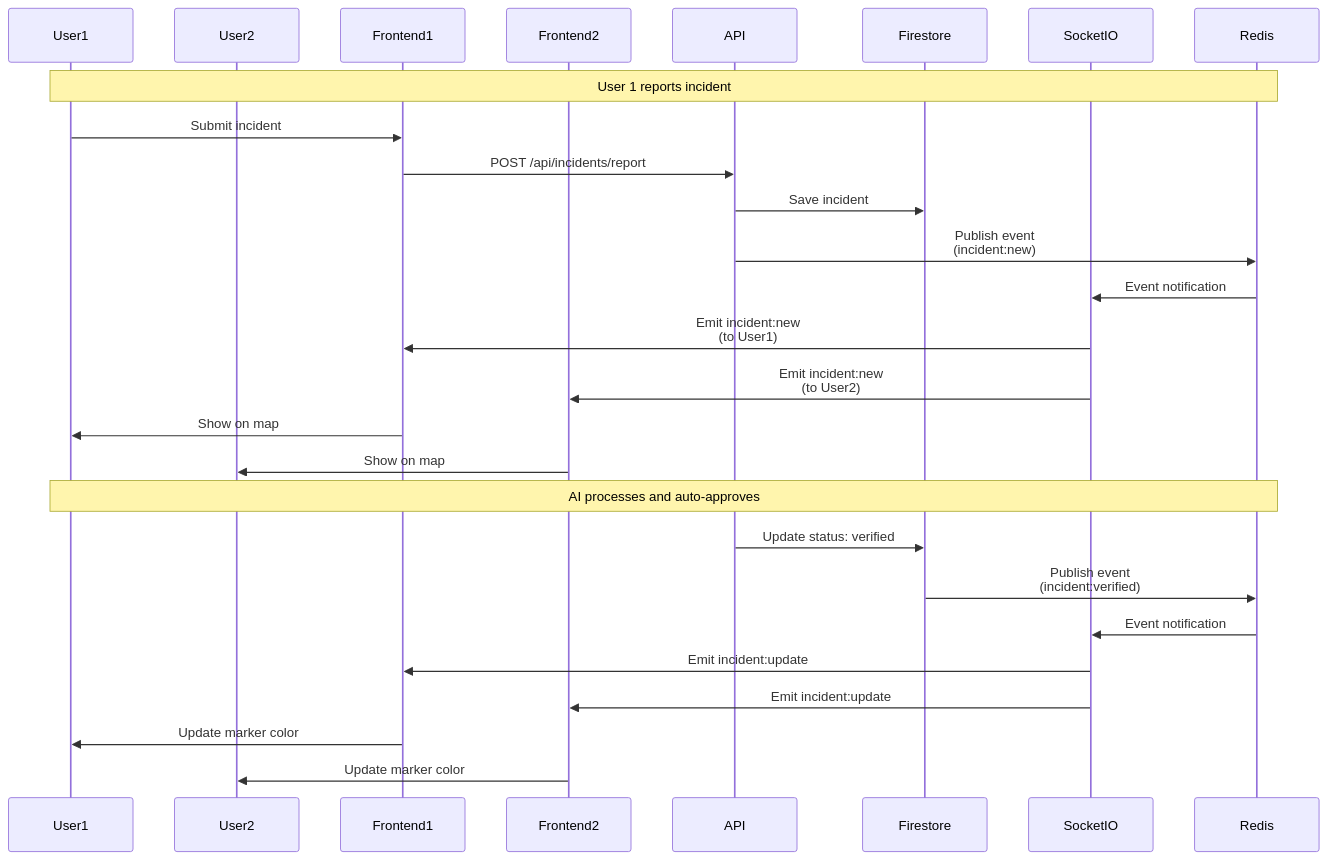
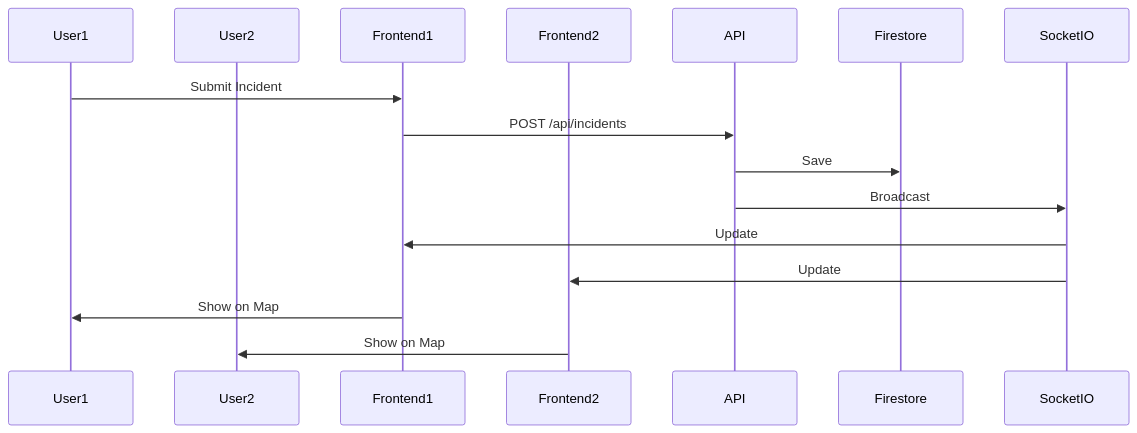
The fifth of 8 diagrams in docs/future/07-Future-Data-Flow.md (nvtank/AI_Assistant_DN), drawn with Mermaid before and after one commit. The commit also changed other lines of this file and 3 other files, not shown here.

````diff
--- a/docs/future/07-Future-Data-Flow.md
+++ b/docs/future/07-Future-Data-Flow.md
@@ -218,37 +136,19 @@
 ```mermaid
 sequenceDiagram
     participant User1
     participant User2
     participant Frontend1
     participant Frontend2
     participant API
     participant Firestore
     participant SocketIO
-    participant Redis
     
-    Note over User1,Redis: User 1 reports incident
-    
-    User1->>Frontend1: Submit incident
-    Frontend1->>API: POST /api/incidents/report
-    API->>Firestore: Save incident
-    API->>Redis: Publish event<br/>(incident:new)
-    
-    Redis->>SocketIO: Event notification
-    SocketIO->>Frontend1: Emit incident:new<br/>(to User1)
-    SocketIO->>Frontend2: Emit incident:new<br/>(to User2)
-    
-    Frontend1->>User1: Show on map
-    Frontend2->>User2: Show on map
-    
-    Note over User1,Redis: AI processes and auto-approves
-    
-    API->>Firestore: Update status: verified
-    Firestore->>Redis: Publish event<br/>(incident:verified)
-    
-    Redis->>SocketIO: Event notification
-    SocketIO->>Frontend1: Emit incident:update
-    SocketIO->>Frontend2: Emit incident:update
-    
-    Frontend1->>User1: Update marker color
-    Frontend2->>User2: Update marker color
+    User1->>Frontend1: Submit Incident
+    Frontend1->>API: POST /api/incidents
+    API->>Firestore: Save
+    API->>SocketIO: Broadcast
+    SocketIO->>Frontend1: Update
+    SocketIO->>Frontend2: Update
+    Frontend1->>User1: Show on Map
+    Frontend2->>User2: Show on Map
 ```
````
